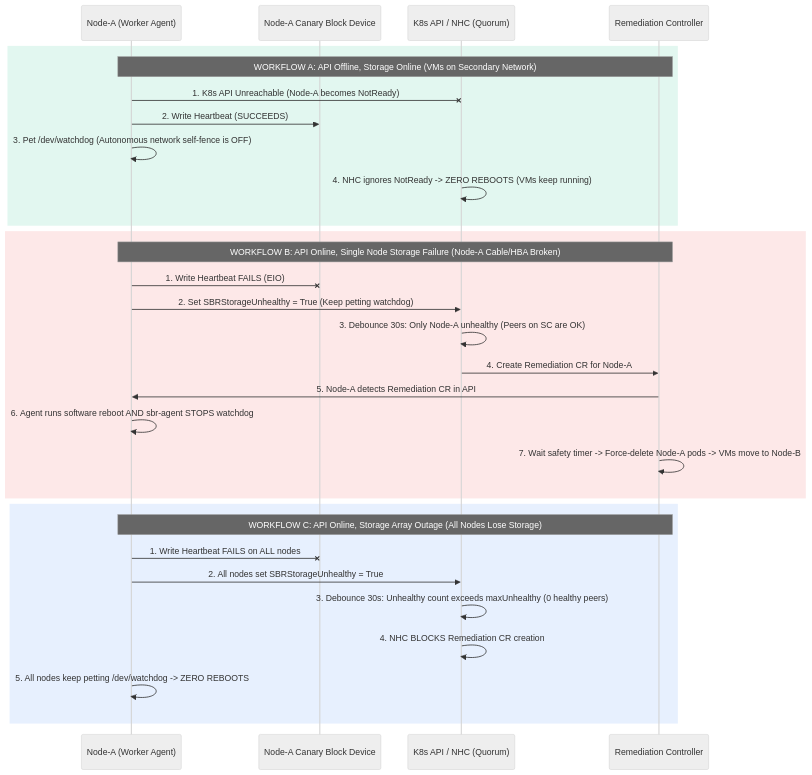
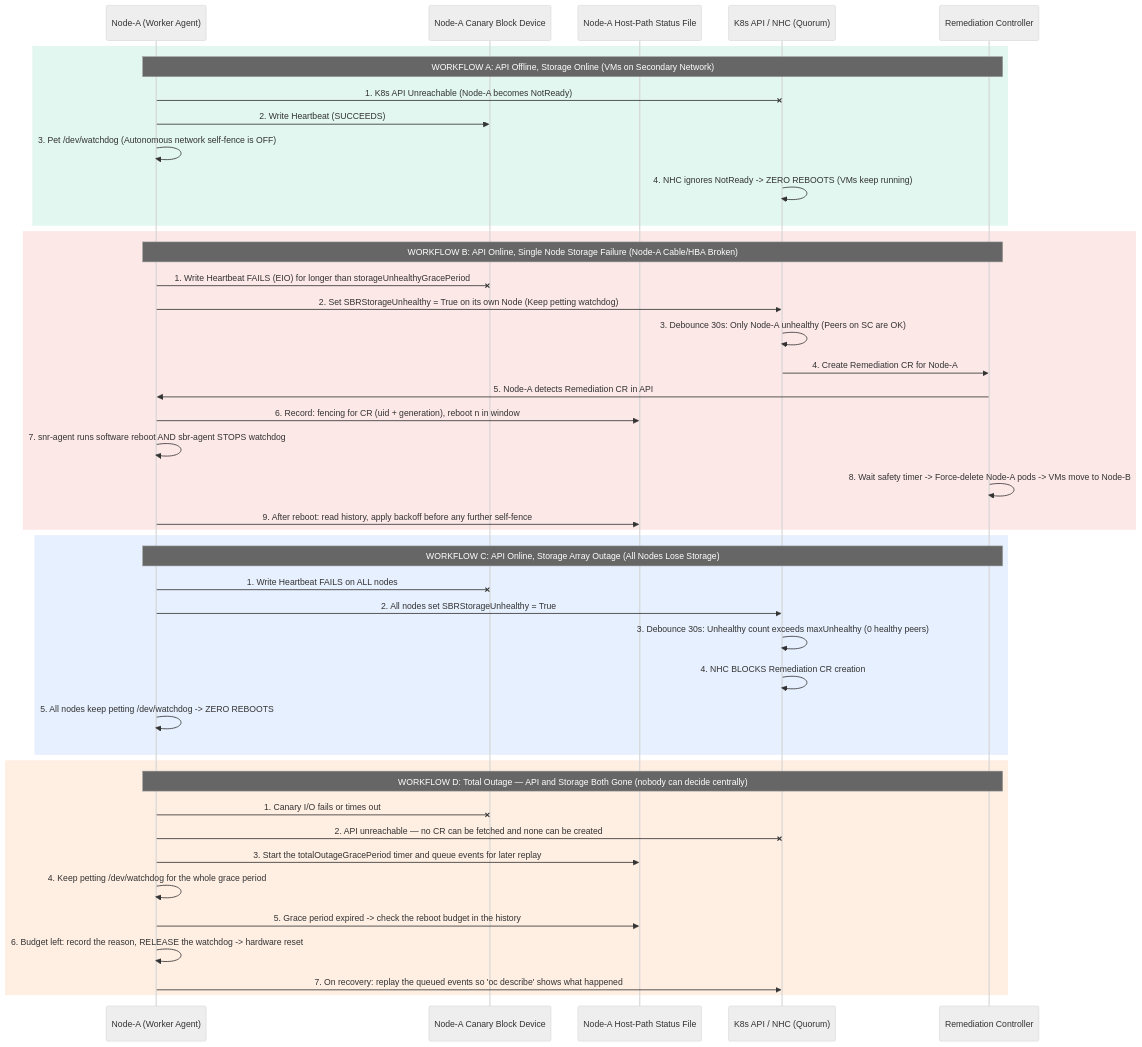
Before and after one commit to mpryc/storage-based-remediation: the fifth of 8 diagrams in docs/design/storage-arbitrated-remediation.md, drawn with Mermaid (neutral theme). The commit also changed other lines of this file, not shown here.

````diff
--- a/docs/design/storage-arbitrated-remediation.md
+++ b/docs/design/storage-arbitrated-remediation.md
@@ -270,35 +314,49 @@
 ```mermaid
 sequenceDiagram
   participant NodeA as Node-A (Worker Agent)
   participant DiskA as Node-A Canary Block Device
+  participant HP as Node-A Host-Path Status File
   participant API as K8s API / NHC (Quorum)
   participant SNRC as Remediation Controller
 
   rect rgba(16, 185, 129, 0.12)
     Note over NodeA,SNRC: WORKFLOW A: API Offline, Storage Online (VMs on Secondary Network)
     NodeA-xAPI: 1. K8s API Unreachable (Node-A becomes NotReady)
     NodeA->>DiskA: 2. Write Heartbeat (SUCCEEDS)
     NodeA->>NodeA: 3. Pet /dev/watchdog (Autonomous network self-fence is OFF)
     API->>API: 4. NHC ignores NotReady -> ZERO REBOOTS (VMs keep running)
   end
 
   rect rgba(239, 68, 68, 0.12)
     Note over NodeA,SNRC: WORKFLOW B: API Online, Single Node Storage Failure (Node-A Cable/HBA Broken)
-    NodeA-xDiskA: 1. Write Heartbeat FAILS (EIO)
-    NodeA->>API: 2. Set SBRStorageUnhealthy = True (Keep petting watchdog)
+    NodeA-xDiskA: 1. Write Heartbeat FAILS (EIO) for longer than storageUnhealthyGracePeriod
+    NodeA->>API: 2. Set SBRStorageUnhealthy = True on its own Node (Keep petting watchdog)
     API->>API: 3. Debounce 30s: Only Node-A unhealthy (Peers on SC are OK)
     API->>SNRC: 4. Create Remediation CR for Node-A
     SNRC->>NodeA: 5. Node-A detects Remediation CR in API
-    NodeA->>NodeA: 6. Agent runs software reboot AND sbr-agent STOPS watchdog
-    SNRC->>SNRC: 7. Wait safety timer -> Force-delete Node-A pods -> VMs move to Node-B
+    NodeA->>HP: 6. Record: fencing for CR (uid + generation), reboot n in window
+    NodeA->>NodeA: 7. snr-agent runs software reboot AND sbr-agent STOPS watchdog
+    SNRC->>SNRC: 8. Wait safety timer -> Force-delete Node-A pods -> VMs move to Node-B
+    NodeA->>HP: 9. After reboot: read history, apply backoff before any further self-fence
   end
 
   rect rgba(59, 130, 246, 0.12)
     Note over NodeA,SNRC: WORKFLOW C: API Online, Storage Array Outage (All Nodes Lose Storage)
     NodeA-xDiskA: 1. Write Heartbeat FAILS on ALL nodes
     NodeA->>API: 2. All nodes set SBRStorageUnhealthy = True
     API->>API: 3. Debounce 30s: Unhealthy count exceeds maxUnhealthy (0 healthy peers)
     API->>API: 4. NHC BLOCKS Remediation CR creation
     NodeA->>NodeA: 5. All nodes keep petting /dev/watchdog -> ZERO REBOOTS
   end
+
+  rect rgba(249, 115, 22, 0.12)
+    Note over NodeA,SNRC: WORKFLOW D: Total Outage — API and Storage Both Gone (nobody can decide centrally)
+    NodeA-xDiskA: 1. Canary I/O fails or times out
+    NodeA-xAPI: 2. API unreachable — no CR can be fetched and none can be created
+    NodeA->>HP: 3. Start the totalOutageGracePeriod timer and queue events for later replay
+    NodeA->>NodeA: 4. Keep petting /dev/watchdog for the whole grace period
+    NodeA->>HP: 5. Grace period expired -> check the reboot budget in the history
+    NodeA->>NodeA: 6. Budget left: record the reason, RELEASE the watchdog -> hardware reset
+    NodeA->>API: 7. On recovery: replay the queued events so 'oc describe' shows what happened
+  end
 ```
````
